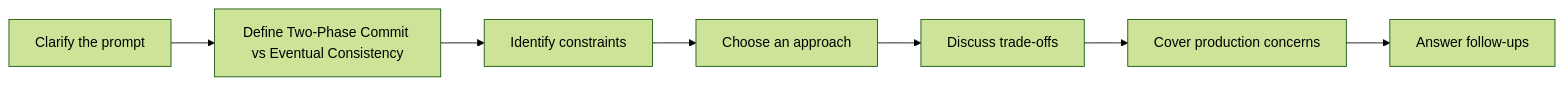
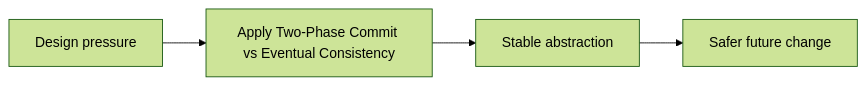
The fourth of 4 diagrams in fundamentals/patterns/2pc-vs-eventual/index.md (abstractinterviews/abstractinterviews.github.io), drawn with Mermaid (forest theme) before and after one commit. The commit also changed other lines of this file and 278 other files, not shown here.

````diff
--- a/fundamentals/patterns/2pc-vs-eventual/index.md
+++ b/fundamentals/patterns/2pc-vs-eventual/index.md
@@ -87,9 +130,6 @@
-~~~mermaid
+```mermaid
 flowchart LR
-    A["Clarify the prompt"] --> B["Define Two-Phase Commit vs Eventual Consistency"]
-    B --> C["Identify constraints"]
-    C --> D["Choose an approach"]
-    D --> E["Discuss trade-offs"]
-    E --> F["Cover production concerns"]
-    F --> G["Answer follow-ups"]
-~~~
+    Smell["Design pressure"] --> Pattern["Apply Two-Phase Commit vs Eventual Consistency"]
+    Pattern --> Boundary["Stable abstraction"]
+    Boundary --> Change["Safer future change"]
+```
````
